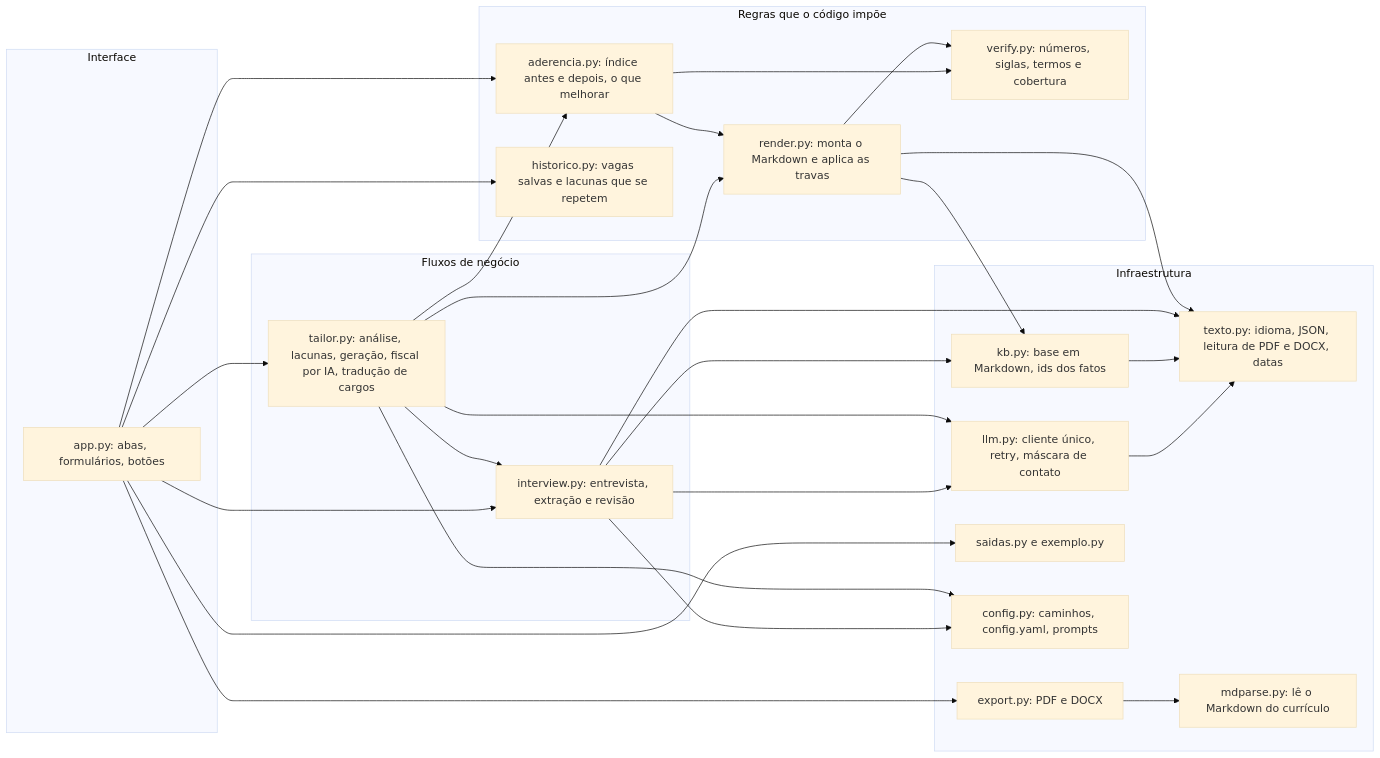
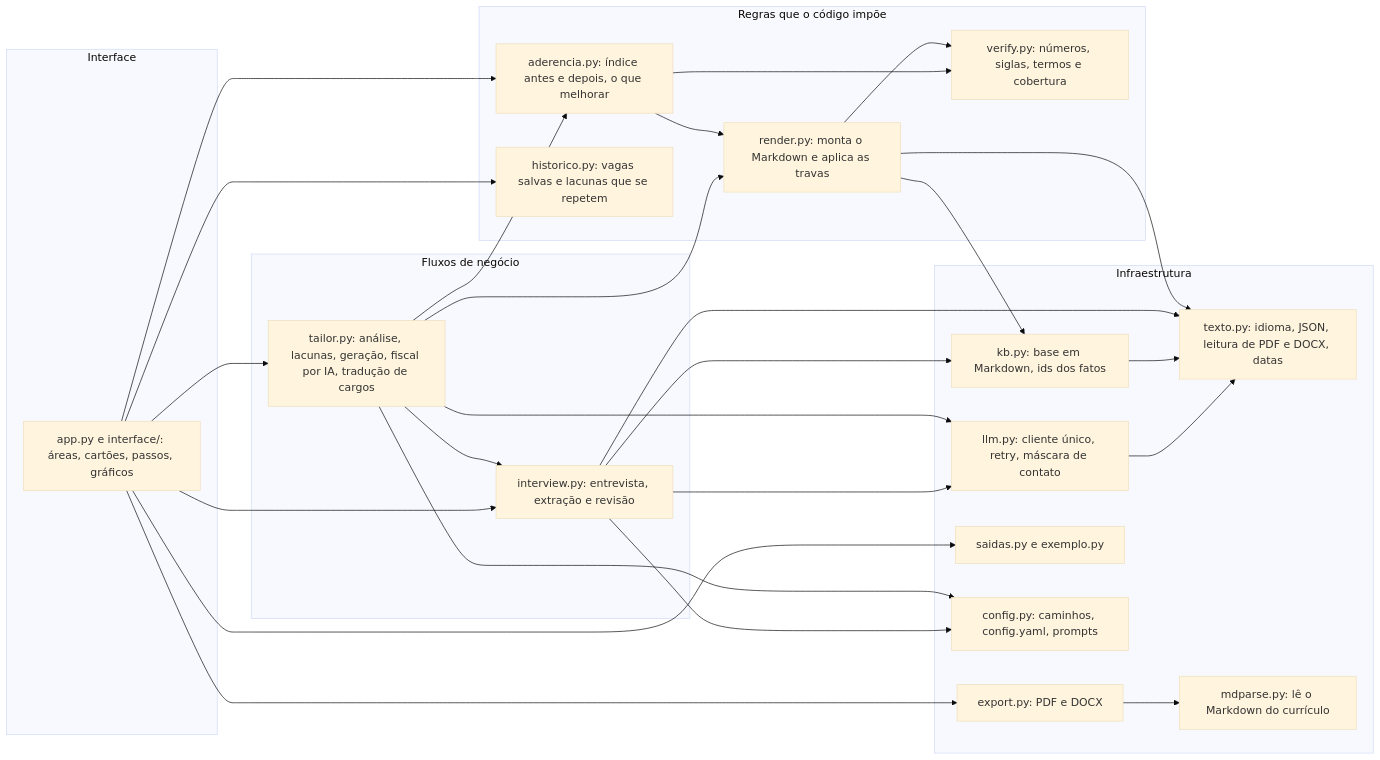
Before and after one commit to feeslopes/assistente_curriculo: the third of 9 diagrams in README.md, drawn with Mermaid (base theme). The commit also changed other lines of this file and 28 other files, not shown here.

````diff
--- a/README.md
+++ b/README.md
@@ -252,48 +260,48 @@
 ```mermaid
 flowchart LR
   subgraph UI["Interface"]
-    app["app.py: abas, formulários, botões"]
+    app["app.py e interface/: áreas, cartões, passos, gráficos"]
   end
   subgraph Fluxos["Fluxos de negócio"]
     interview["interview.py: entrevista, extração e revisão"]
     tailor["tailor.py: análise, lacunas, geração, fiscal por IA, tradução de cargos"]
   end
   subgraph Regras["Regras que o código impõe"]
     render["render.py: monta o Markdown e aplica as travas"]
     verify["verify.py: números, siglas, termos e cobertura"]
     aderencia["aderencia.py: índice antes e depois, o que melhorar"]
     historico["historico.py: vagas salvas e lacunas que se repetem"]
   end
   subgraph Infra["Infraestrutura"]
     llm["llm.py: cliente único, retry, máscara de contato"]
     kb["kb.py: base em Markdown, ids dos fatos"]
     texto["texto.py: idioma, JSON, leitura de PDF e DOCX, datas"]
     mdparse["mdparse.py: lê o Markdown do currículo"]
     export["export.py: PDF e DOCX"]
     saidas["saidas.py e exemplo.py"]
     config["config.py: caminhos, config.yaml, prompts"]
   end
   app --> interview
   app --> tailor
   app --> export
   app --> saidas
   interview --> llm
   interview --> kb
   tailor --> llm
   tailor --> render
   tailor --> interview
   tailor --> aderencia
   app --> aderencia
   app --> historico
   aderencia --> render
   aderencia --> verify
   render --> kb
   render --> verify
   export --> mdparse
   llm --> texto
   kb --> texto
   interview --> texto
   render --> texto
   interview --> config
   tailor --> config
 ```
````
